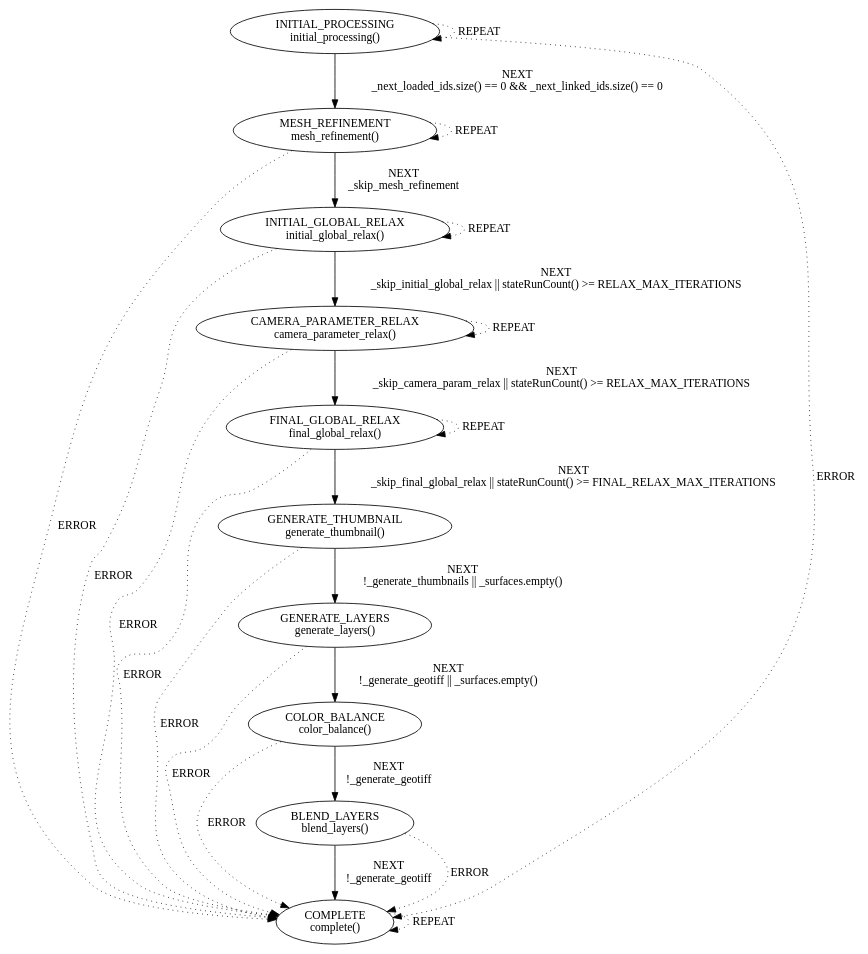
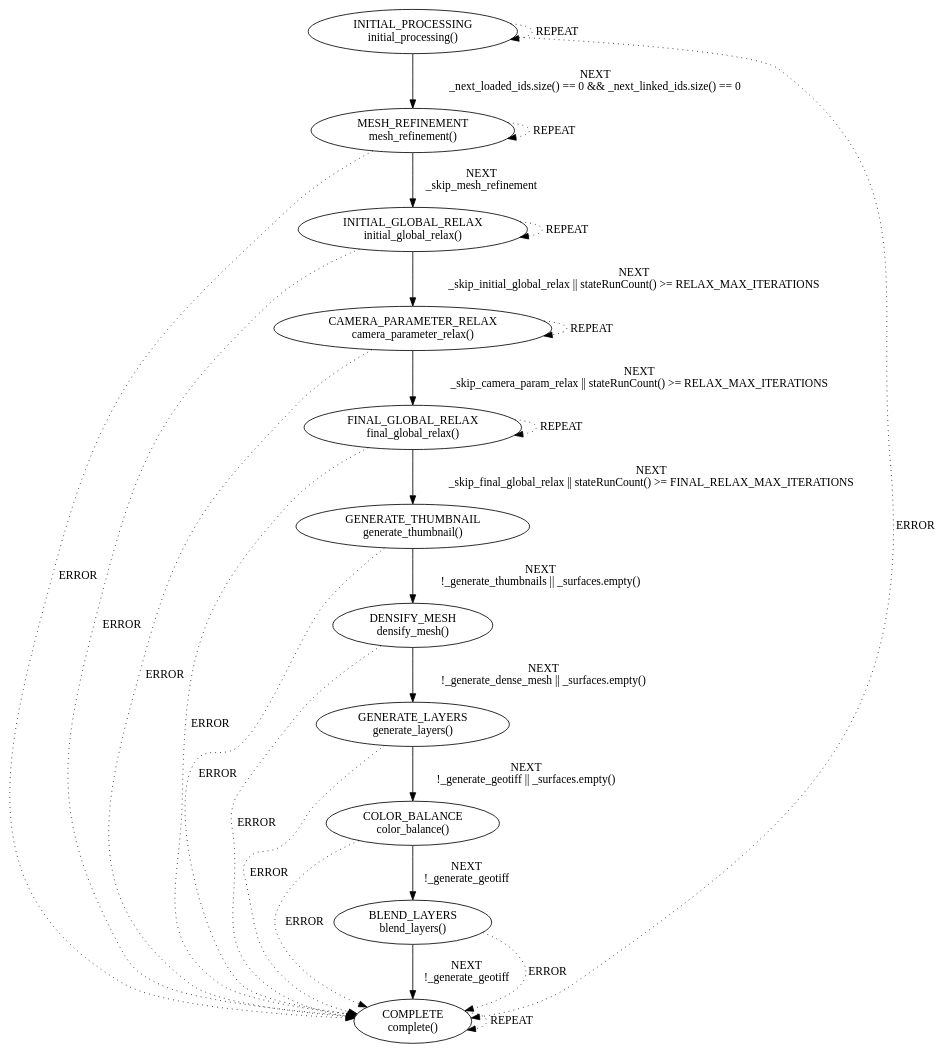
One commit to jkflying/opencalibration changed the diagram in src/pipeline/pipeline.cpp.dot. Above: the diagram before and after it, drawn with Graphviz. The commit also changed 9 other files, not shown here.

Commit message:
Add empty dense step skeleton

```diff
--- a/src/pipeline/pipeline.cpp.dot
+++ b/src/pipeline/pipeline.cpp.dot
@@ -1,26 +1,28 @@
 digraph {
     "INITIAL_PROCESSING\ninitial_processing()" -> "MESH_REFINEMENT\nmesh_refinement()" [label="NEXT\n_next_loaded_ids.size() == 0 && _next_linked_ids.size() == 0", style="solid", weight=1]
     "INITIAL_PROCESSING\ninitial_processing()" -> "COMPLETE\ncomplete()" [label="ERROR", style="dotted", weight=0.1]
     "MESH_REFINEMENT\nmesh_refinement()" -> "INITIAL_GLOBAL_RELAX\ninitial_global_relax()" [label="NEXT\n_skip_mesh_refinement", style="solid", weight=1]
     "MESH_REFINEMENT\nmesh_refinement()" -> "COMPLETE\ncomplete()" [label="ERROR", style="dotted", weight=0.1]
     "INITIAL_GLOBAL_RELAX\ninitial_global_relax()" -> "CAMERA_PARAMETER_RELAX\ncamera_parameter_relax()" [label="NEXT\n_skip_initial_global_relax || stateRunCount() >= RELAX_MAX_ITERATIONS", style="solid", weight=1]
     "INITIAL_GLOBAL_RELAX\ninitial_global_relax()" -> "COMPLETE\ncomplete()" [label="ERROR", style="dotted", weight=0.1]
     "CAMERA_PARAMETER_RELAX\ncamera_parameter_relax()" -> "FINAL_GLOBAL_RELAX\nfinal_global_relax()" [label="NEXT\n_skip_camera_param_relax || stateRunCount() >= RELAX_MAX_ITERATIONS", style="solid", weight=1]
     "CAMERA_PARAMETER_RELAX\ncamera_parameter_relax()" -> "COMPLETE\ncomplete()" [label="ERROR", style="dotted", weight=0.1]
     "FINAL_GLOBAL_RELAX\nfinal_global_relax()" -> "GENERATE_THUMBNAIL\ngenerate_thumbnail()" [label="NEXT\n_skip_final_global_relax || stateRunCount() >= FINAL_RELAX_MAX_ITERATIONS", style="solid", weight=1]
     "FINAL_GLOBAL_RELAX\nfinal_global_relax()" -> "COMPLETE\ncomplete()" [label="ERROR", style="dotted", weight=0.1]
-    "GENERATE_THUMBNAIL\ngenerate_thumbnail()" -> "GENERATE_LAYERS\ngenerate_layers()" [label="NEXT\n!_generate_thumbnails || _surfaces.empty()", style="solid", weight=1]
+    "GENERATE_THUMBNAIL\ngenerate_thumbnail()" -> "DENSIFY_MESH\ndensify_mesh()" [label="NEXT\n!_generate_thumbnails || _surfaces.empty()", style="solid", weight=1]
     "GENERATE_THUMBNAIL\ngenerate_thumbnail()" -> "COMPLETE\ncomplete()" [label="ERROR", style="dotted", weight=0.1]
+    "DENSIFY_MESH\ndensify_mesh()" -> "GENERATE_LAYERS\ngenerate_layers()" [label="NEXT\n!_generate_dense_mesh || _surfaces.empty()", style="solid", weight=1]
+    "DENSIFY_MESH\ndensify_mesh()" -> "COMPLETE\ncomplete()" [label="ERROR", style="dotted", weight=0.1]
     "GENERATE_LAYERS\ngenerate_layers()" -> "COLOR_BALANCE\ncolor_balance()" [label="NEXT\n!_generate_geotiff || _surfaces.empty()", style="solid", weight=1]
     "GENERATE_LAYERS\ngenerate_layers()" -> "COMPLETE\ncomplete()" [label="ERROR", style="dotted", weight=0.1]
     "COLOR_BALANCE\ncolor_balance()" -> "BLEND_LAYERS\nblend_layers()" [label="NEXT\n!_generate_geotiff", style="solid", weight=1]
     "COLOR_BALANCE\ncolor_balance()" -> "COMPLETE\ncomplete()" [label="ERROR", style="dotted", weight=0.1]
     "BLEND_LAYERS\nblend_layers()" -> "COMPLETE\ncomplete()" [label="NEXT\n!_generate_geotiff", style="solid", weight=1]
     "BLEND_LAYERS\nblend_layers()" -> "COMPLETE\ncomplete()" [label="ERROR", style="dotted", weight=0.1]
     "INITIAL_PROCESSING\ninitial_processing()" -> "INITIAL_PROCESSING\ninitial_processing()" [label="REPEAT", style="dotted", weight=0.1]
     "INITIAL_GLOBAL_RELAX\ninitial_global_relax()" -> "INITIAL_GLOBAL_RELAX\ninitial_global_relax()" [label="REPEAT", style="dotted", weight=0.1]
     "CAMERA_PARAMETER_RELAX\ncamera_parameter_relax()" -> "CAMERA_PARAMETER_RELAX\ncamera_parameter_relax()" [label="REPEAT", style="dotted", weight=0.1]
     "FINAL_GLOBAL_RELAX\nfinal_global_relax()" -> "FINAL_GLOBAL_RELAX\nfinal_global_relax()" [label="REPEAT", style="dotted", weight=0.1]
     "MESH_REFINEMENT\nmesh_refinement()" -> "MESH_REFINEMENT\nmesh_refinement()" [label="REPEAT", style="dotted", weight=0.1]
     "COMPLETE\ncomplete()" -> "COMPLETE\ncomplete()" [label="REPEAT", style="dotted", weight=0.1]
 }
```
